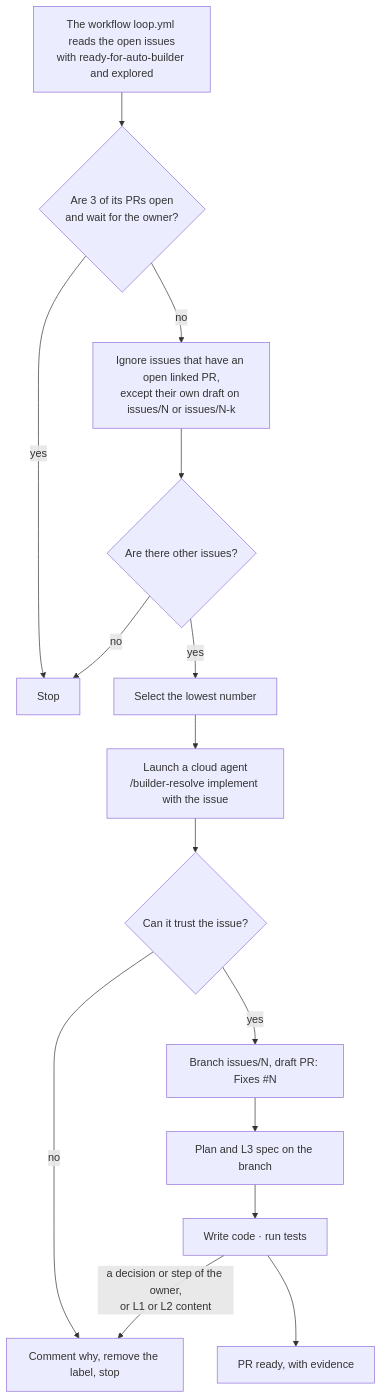
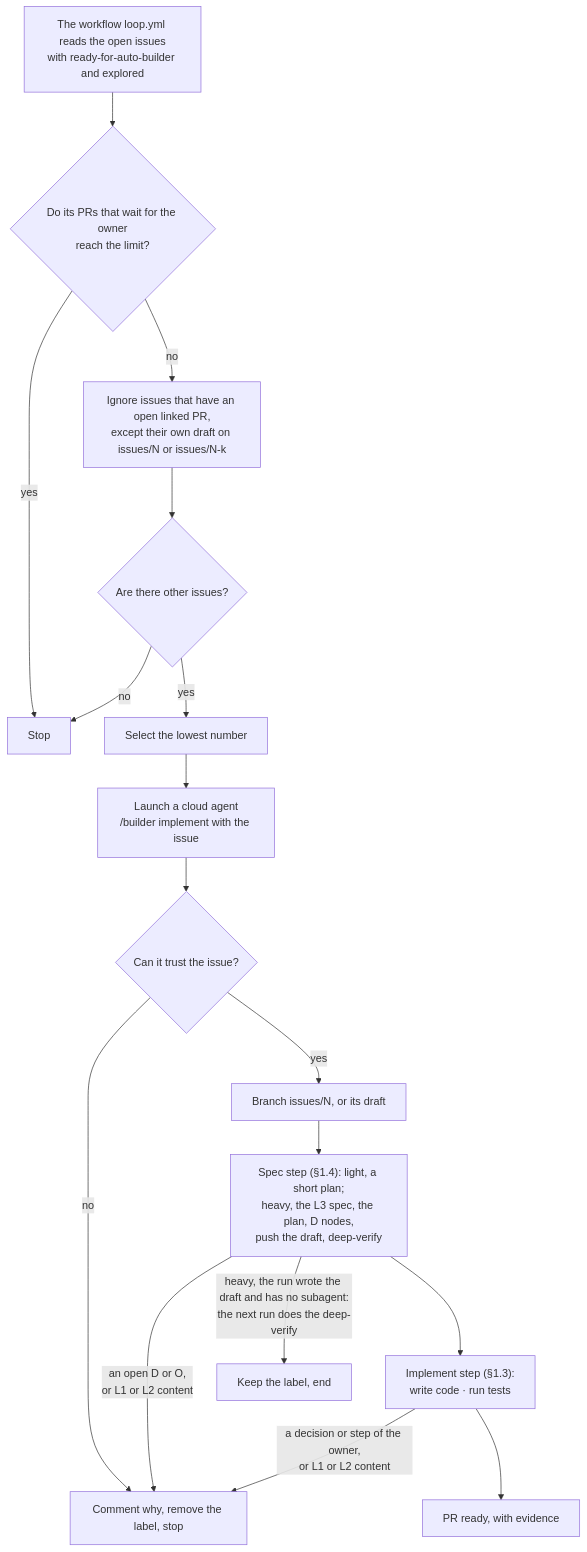
Before and after one commit to shiyuann/aboveloop: the third of 4 diagrams in knowledge/spec/L3-loop-builder.md, drawn with Mermaid. The commit also changed other lines of this file and 81 other files, not shown here.

````diff
--- a/knowledge/spec/L3-loop-builder.md
+++ b/knowledge/spec/L3-loop-builder.md
@@ -48,17 +120,19 @@
 ```mermaid
 flowchart TB
-  A["The workflow loop.yml reads the open issues<br/>with ready-for-auto-builder and explored"] --> B{"Are 3 of its PRs open<br/>and wait for the owner?"}
+  A["The workflow loop.yml reads the open issues<br/>with ready-for-auto-builder and explored"] --> B{"Do its PRs that wait for the owner<br/>reach the limit?"}
   B -->|yes| X["Stop"]
   B -->|no| C["Ignore issues that have an open linked PR,<br/>except their own draft on issues/N or issues/N-k"]
   C --> D{"Are there other issues?"}
   D -->|no| X
   D -->|yes| E["Select the lowest number"]
-  E --> W["Launch a cloud agent<br/>/builder-resolve implement with the issue"]
+  E --> W["Launch a cloud agent<br/>/builder implement with the issue"]
   W --> V{"Can it trust the issue?"}
   V -->|no| Q["Comment why, remove the label, stop"]
-  V -->|yes| P["Branch issues/N, draft PR: Fixes #N"]
-  P --> S["Plan and L3 spec on the branch"]
-  S --> G["Write code · run tests"]
+  V -->|yes| P["Branch issues/N, or its draft"]
+  P --> S["Spec step (§1.4): light, a short plan;<br/>heavy, the L3 spec, the plan, D nodes,<br/>push the draft, deep-verify"]
+  S -->|"an open D or O,<br/>or L1 or L2 content"| Q
+  S -->|"heavy, the run wrote the draft and has no subagent:<br/>the next run does the deep-verify"| H["Keep the label, end"]
+  S --> G["Implement step (§1.3):<br/>write code · run tests"]
   G -->|"a decision or step of the owner,<br/>or L1 or L2 content"| Q
   G --> F["PR ready, with evidence"]
 ```
````
